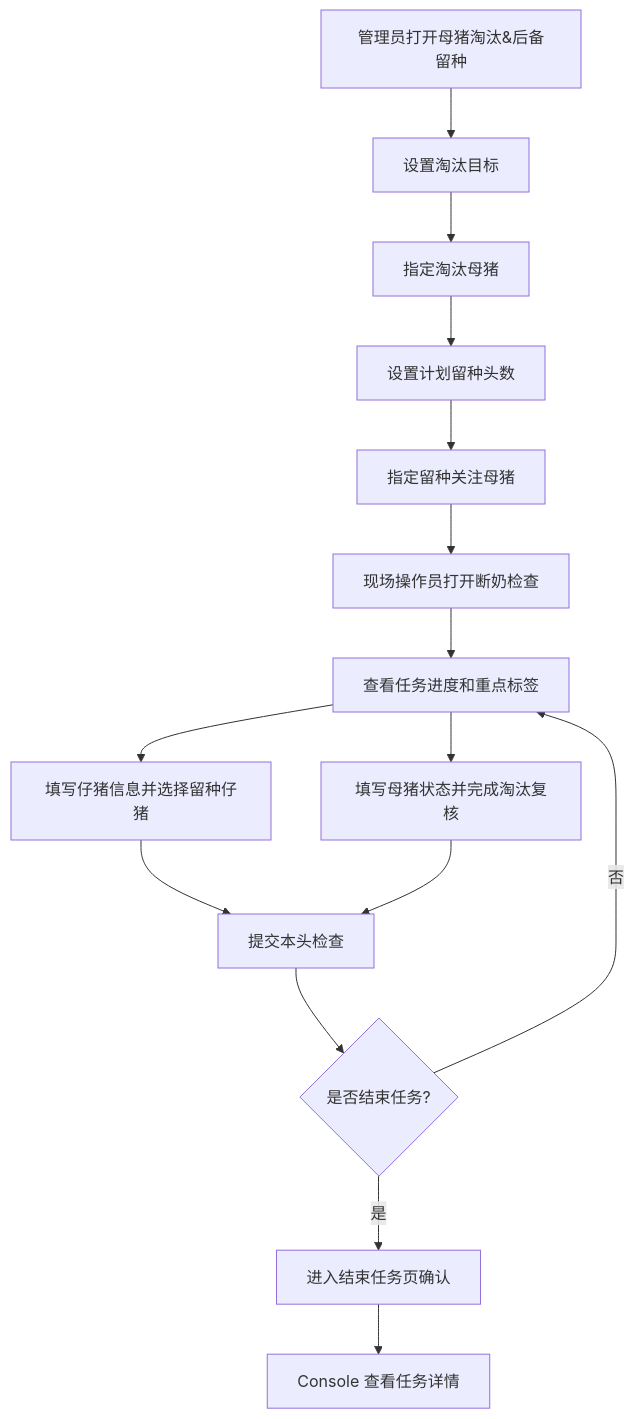
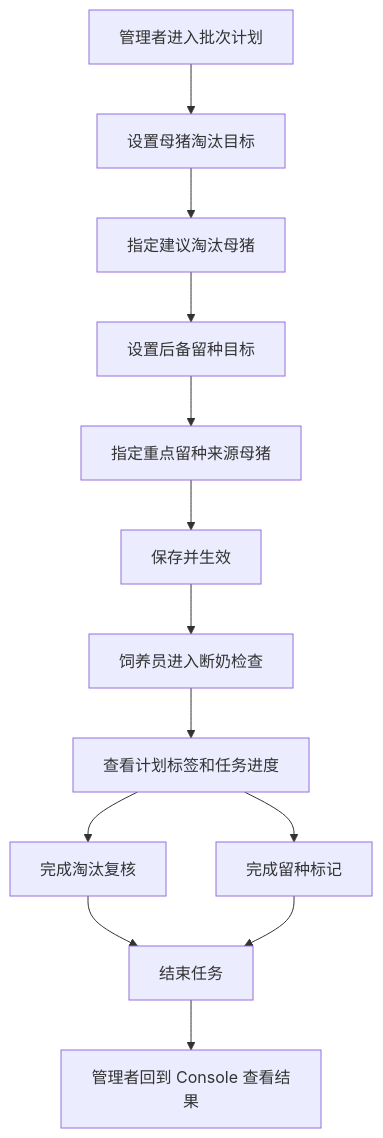
The second of 2 diagrams in prds/culling&replacement/00-淘汰与留种业务总览.md (91Dhua/Vaccine), drawn with Mermaid before and after one commit. The commit also changed other lines of this file and 40 other files, not shown here.

Commit message:
Refine vaccine task follow-up flows

````diff
--- a/prds/culling&replacement/00-淘汰与留种业务总览.md
+++ b/prds/culling&replacement/00-淘汰与留种业务总览.md
@@ -70,17 +66,15 @@
 ```mermaid
 flowchart TD
-  A[管理员打开母猪淘汰&后备留种] --> B[设置淘汰目标]
-  B --> C[指定淘汰母猪]
-  C --> D[设置计划留种头数]
-  D --> E[指定留种关注母猪]
-  E --> F[现场操作员打开断奶检查]
-  F --> G[查看任务进度和重点标签]
-  G --> H[填写仔猪信息并选择留种仔猪]
-  G --> I[填写母猪状态并完成淘汰复核]
-  H --> J[提交本头检查]
-  I --> J
-  J --> K{是否结束任务?}
-  K -->|否| G
-  K -->|是| L[进入结束任务页确认]
-  L --> M[Console 查看任务详情]
+  A[管理者进入批次计划] --> B[设置母猪淘汰目标]
+  B --> C[指定建议淘汰母猪]
+  C --> D[设置后备留种目标]
+  D --> E[指定重点留种来源母猪]
+  E --> F[保存并生效]
+  F --> G[饲养员进入断奶检查]
+  G --> H[查看计划标签和任务进度]
+  H --> I[完成淘汰复核]
+  H --> J[完成留种标记]
+  I --> K[结束任务]
+  J --> K
+  K --> L[管理者回到 Console 查看结果]
 ```
````
